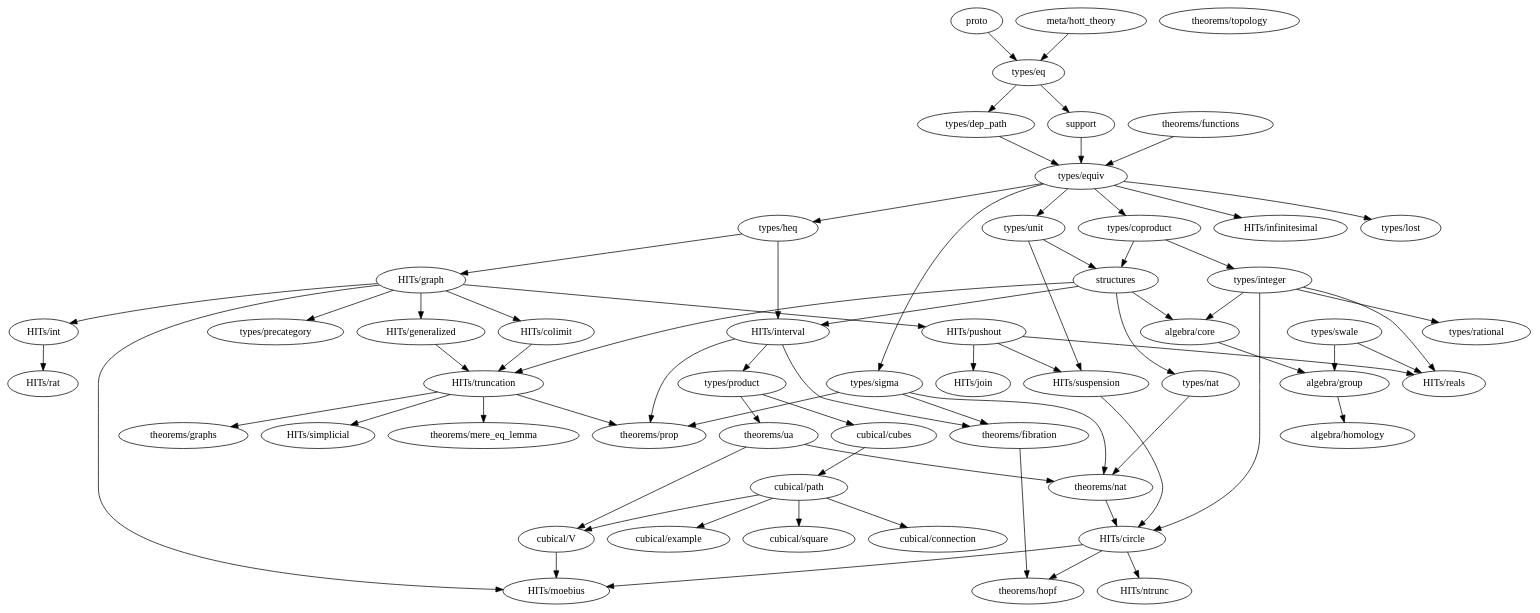
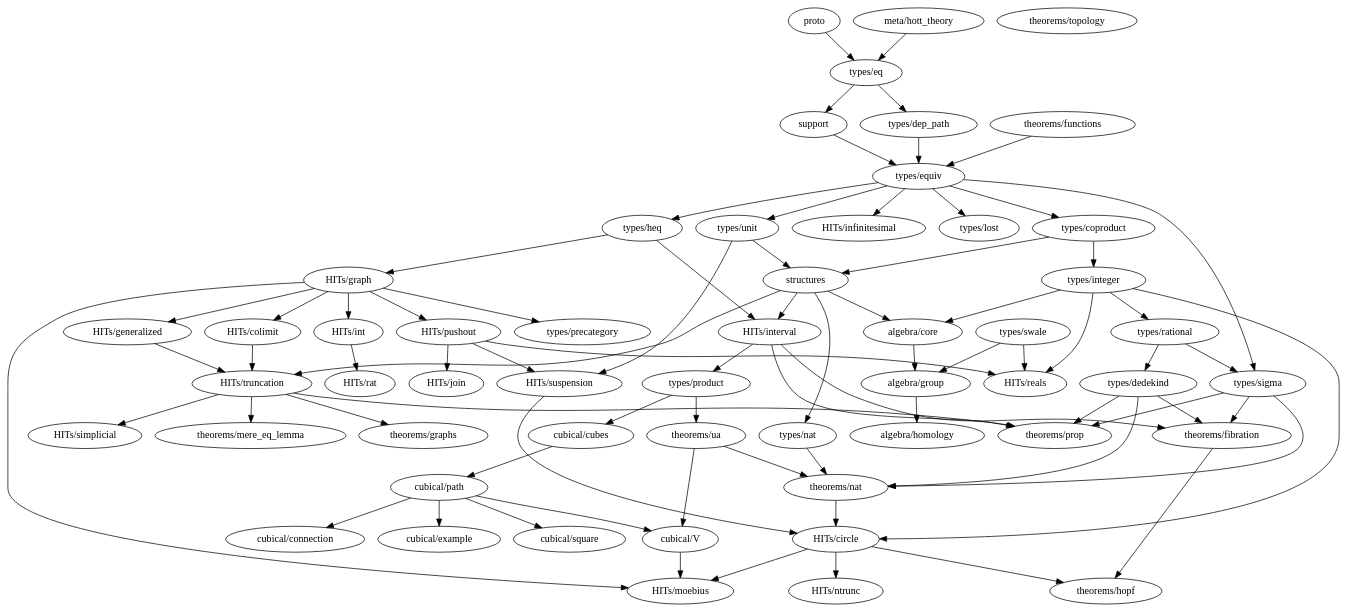
Before and after one commit to forked-from-1kasper/ground_zero: the diagram in dependency_map.gv, drawn with Graphviz. The commit also changed 5 other files, not shown here.

```diff
--- a/dependency_map.gv
+++ b/dependency_map.gv
@@ -1,112 +1,114 @@
 digraph dependency_map {
   proto -> "types/eq"
   "meta/hott_theory" -> "types/eq"
   support -> "types/equiv"
   structures -> {
     "HITs/interval",
     "HITs/truncation",
     "algebra/core",
     "types/nat"
   }
 
   subgraph algebra {
     "algebra/core" -> "algebra/group"
     "algebra/group" -> "algebra/homology"
     "algebra/homology"
   }
 
   subgraph types {
     "types/coproduct" -> { "types/integer", structures }
+    "types/dedekind"
     "types/dep_path" -> "types/equiv"
     "types/eq" -> { "types/dep_path", support }
     "types/equiv" -> {
       "types/heq",
       "HITs/infinitesimal",
       "types/coproduct",
       "types/lost",
       "types/unit",
       "types/sigma"
     }
     "types/heq" -> {
       "HITs/interval",
       "HITs/graph"
     }
     "types/integer" -> {
       "HITs/circle",
       "HITs/reals",
       "algebra/core",
       "types/rational"
     }
     "types/lost"
     "types/nat" -> { "theorems/nat" }
     "types/product" -> { "cubical/cubes", "theorems/ua" }
+    "types/rational" -> "types/dedekind",
     "types/sigma" -> { "theorems/fibration", "theorems/prop", "theorems/nat" }
     "types/swale" -> { "HITs/reals", "algebra/group" }
     "types/unit" -> { structures, "HITs/suspension" }
   }
 
   subgraph HITs {
     "HITs/circle" -> { "HITs/ntrunc", "theorems/hopf", "HITs/moebius" }
     "HITs/colimit" -> "HITs/truncation"
     "HITs/generalized" -> "HITs/truncation"
     "HITs/graph" -> {
       "HITs/colimit",
       "HITs/generalized",
       "HITs/int",
       "HITs/pushout",
       "HITs/moebius",
       "types/precategory"
     }
     "HITs/infinitesimal"
     "HITs/int" -> "HITs/rat"
     "HITs/interval" -> {
       "types/product",
       "theorems/prop",
       "theorems/fibration"
     }
     "HITs/join"
     "HITs/moebius"
     "HITs/ntrunc"
     "HITs/pushout" -> {
       "HITs/join",
       "HITs/reals",
       "HITs/suspension"
     }
     "HITs/rat"
     "HITs/reals"
     "HITs/simplicial"
     "HITs/suspension" -> "HITs/circle"
     "HITs/truncation" -> {
       "theorems/mere_eq_lemma",
       "theorems/prop",
       "theorems/graphs",
       "HITs/simplicial"
     }
   }
 
   subgraph cubical {
     "cubical/connection"
     "cubical/cubes" -> "cubical/path"
     "cubical/example"
     "cubical/path" -> {
       "cubical/square",
       "cubical/example",
       "cubical/V",
       "cubical/connection"
     }
     "cubical/square"
     "cubical/V" -> "HITs/moebius"
   }
 
   subgraph theorems {
     "theorems/fibration" -> { "theorems/hopf" }
     "theorems/functions" -> { "types/equiv" }
     "theorems/graphs"
     "theorems/hopf"
     "theorems/mere_eq_lemma"
     "theorems/nat" -> { "HITs/circle" }
     "theorems/prop"
     "theorems/topology"
     "theorems/ua" -> { "theorems/nat", "cubical/V" }
   }
 }
```
